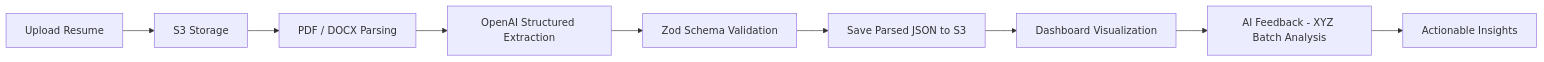
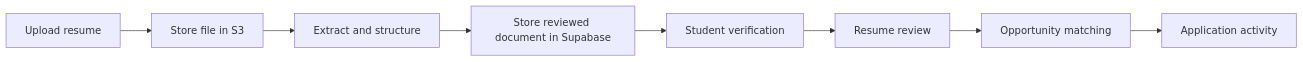
One commit to NicolasSlenko/Vistern changed the diagram in README.md. Above: the diagram before and after it, drawn with Mermaid. The commit also changed other lines of this file and 49 other files, not shown here.

Commit message:
Move structured app data to Supabase on database branch

````diff
--- a/README.md
+++ b/README.md
@@ -72,11 +16,10 @@
 ```mermaid
-graph LR
-    A[Upload Resume] --> B[S3 Storage]
-    B --> C[PDF / DOCX Parsing]
-    C --> D[OpenAI Structured Extraction]
-    D --> E[Zod Schema Validation]
-    E --> F[Save Parsed JSON to S3]
-    F --> G[Dashboard Visualization]
-    G --> H[AI Feedback - XYZ Batch Analysis]
-    H --> I[Actionable Insights]
+flowchart LR
+  Upload[Upload resume] --> Store[Store file in S3]
+  Store --> Parse[Extract and structure]
+  Parse --> Data[Store reviewed document in Supabase]
+  Data --> Verify[Student verification]
+  Verify --> Improve[Resume review]
+  Improve --> Match[Opportunity matching]
+  Match --> Track[Application activity]
 ```
````
